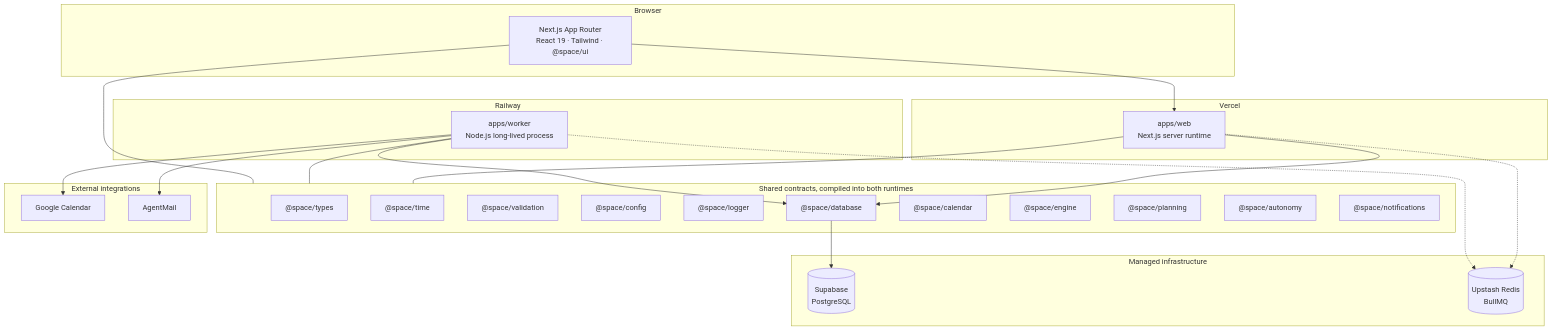
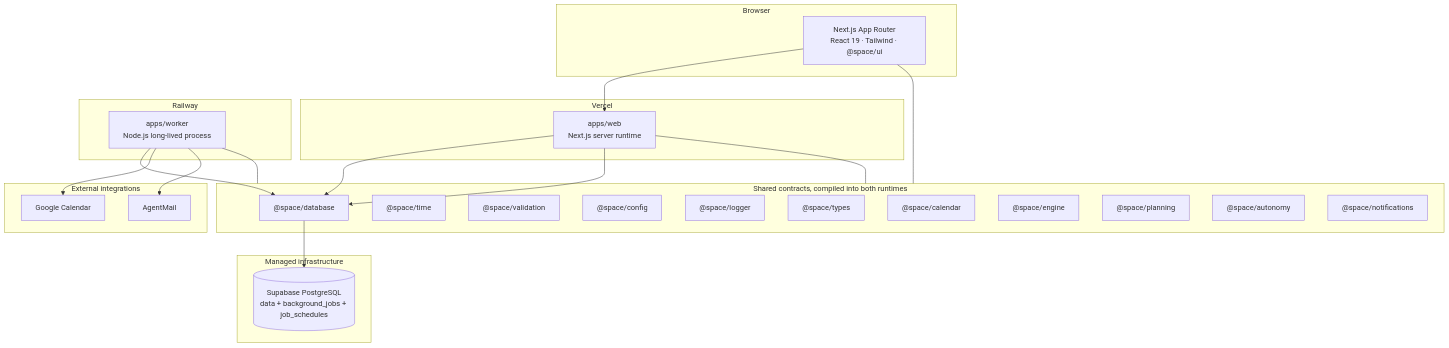
One commit to ToTheBlankWorld/My-Space changed the diagram in README.md. Above: the diagram before and after it, drawn with Mermaid. The commit also changed other lines of this file and 78 other files, not shown here.

````diff
--- a/README.md
+++ b/README.md
@@ -92,51 +92,49 @@
 ```mermaid
 flowchart TB
     subgraph client["Browser"]
         UI["Next.js App Router<br/>React 19 · Tailwind · @space/ui"]
     end
 
     subgraph vercel["Vercel"]
         WEB["apps/web<br/>Next.js server runtime"]
     end
 
     subgraph railway["Railway"]
         WORKER["apps/worker<br/>Node.js long-lived process"]
     end
 
     subgraph shared["Shared contracts, compiled into both runtimes"]
         TYPES["@space/types"]
         TIME["@space/time"]
         VALID["@space/validation"]
         CONFIG["@space/config"]
         LOGGER["@space/logger"]
         DB["@space/database"]
         CALENDAR["@space/calendar"]
         ENGINE["@space/engine"]
         PLANNING["@space/planning"]
         AUTONOMY["@space/autonomy"]
         NOTIF["@space/notifications"]
     end
 
     subgraph data["Managed infrastructure"]
-        PG[("Supabase<br/>PostgreSQL")]
-        REDIS[("Upstash Redis<br/>BullMQ")]
+        PG[("Supabase PostgreSQL<br/>data + background_jobs + job_schedules")]
     end
 
     subgraph external["External integrations"]
         GCAL["Google Calendar"]
         MAIL["AgentMail"]
     end
 
     UI --> WEB
     WEB --> DB
     WORKER --> DB
     DB --> PG
-    WEB -.-> REDIS
-    WORKER -.-> REDIS
+    WEB --> DB
     WORKER --> GCAL
     WORKER --> MAIL
 
     WEB --- shared
     WORKER --- shared
     UI --- shared
 ```
````
